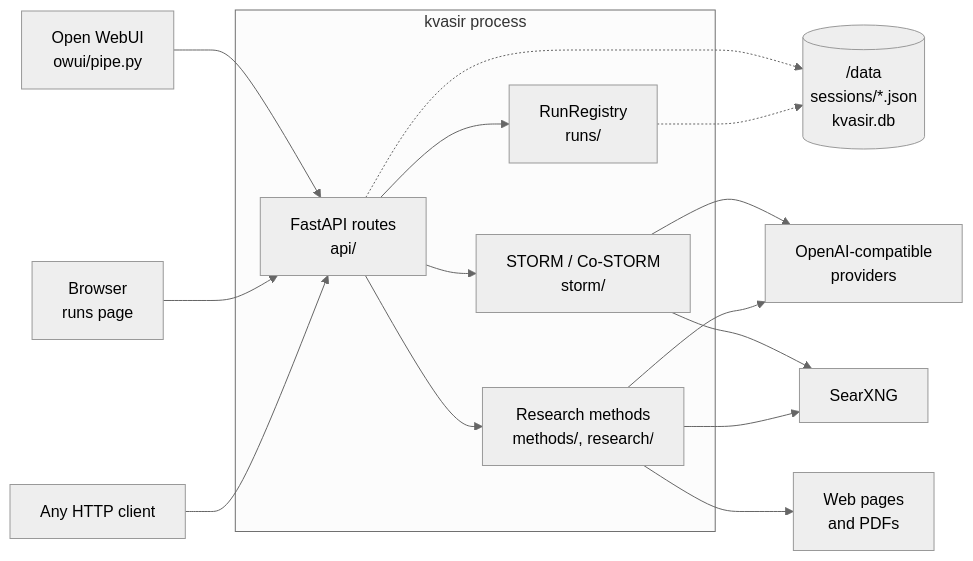
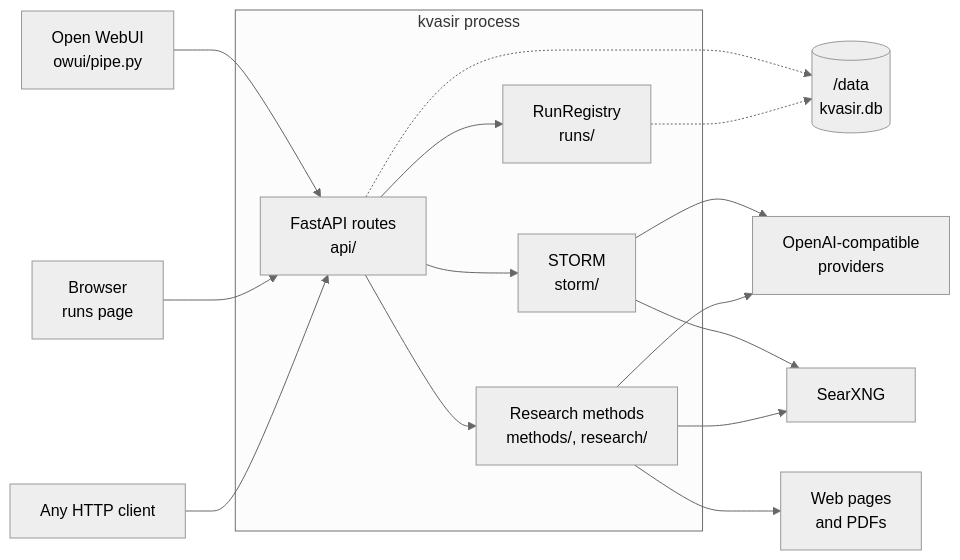
The first of 6 diagrams in docs/architecture.md (brewcoua/kvasir), drawn with Mermaid (neutral theme) before and after one commit. The commit also changed other lines of this file and 53 other files, not shown here.

````diff
--- a/docs/architecture.md
+++ b/docs/architecture.md
@@ -17,32 +17,32 @@
 ```mermaid
 flowchart LR
     owui["Open WebUI<br/>owui/pipe.py"]
     browser["Browser<br/>runs page"]
     curl["Any HTTP client"]
 
     subgraph kvasir["kvasir process"]
         api["FastAPI routes<br/>api/"]
         registry["RunRegistry<br/>runs/"]
-        storm["STORM / Co-STORM<br/>storm/"]
+        storm["STORM<br/>storm/"]
         deep["Research methods<br/>methods/, research/"]
     end
 
     gateway["OpenAI-compatible<br/>providers"]
     searxng["SearXNG"]
     web["Web pages<br/>and PDFs"]
-    data[("/data<br/>sessions/*.json<br/>kvasir.db")]
+    data[("/data<br/>kvasir.db")]
 
     owui --> api
     browser --> api
     curl --> api
     api --> registry
     api --> storm
     api --> deep
     storm --> gateway
     storm --> searxng
     deep --> gateway
     deep --> searxng
     deep --> web
     api -.-> data
     registry -.-> data
 ```
````
